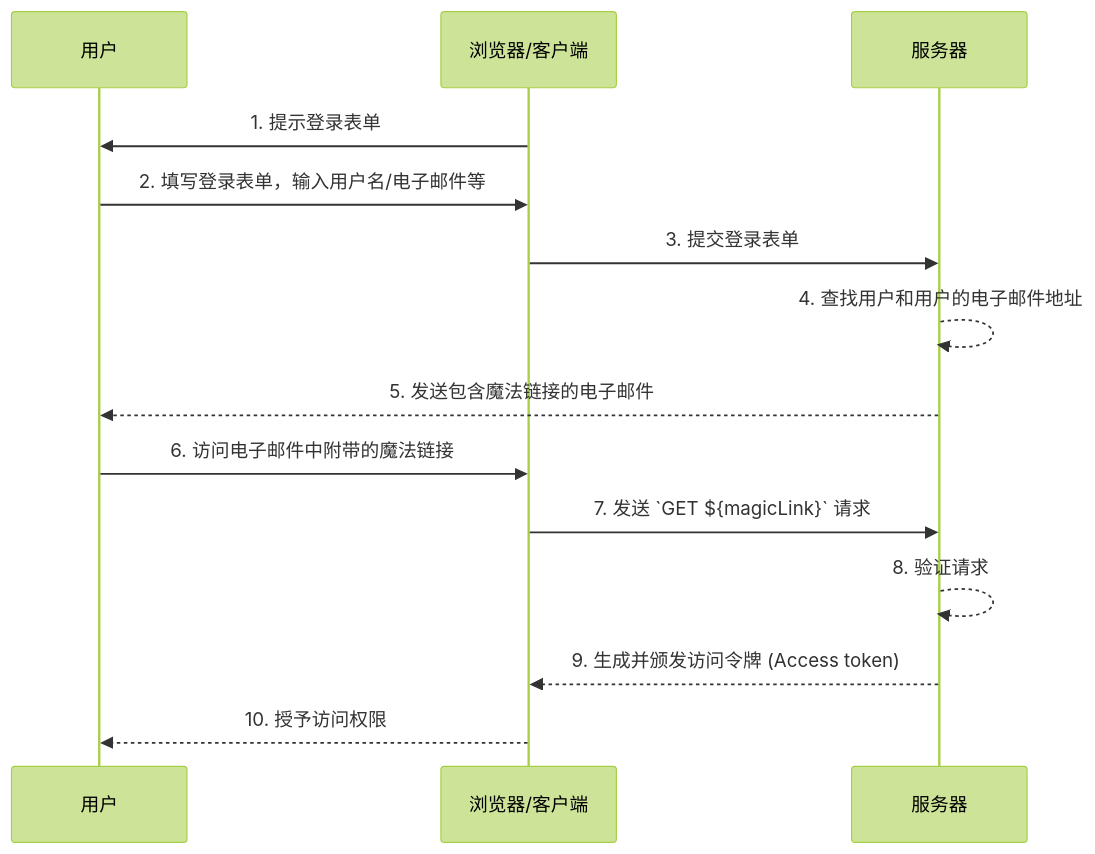
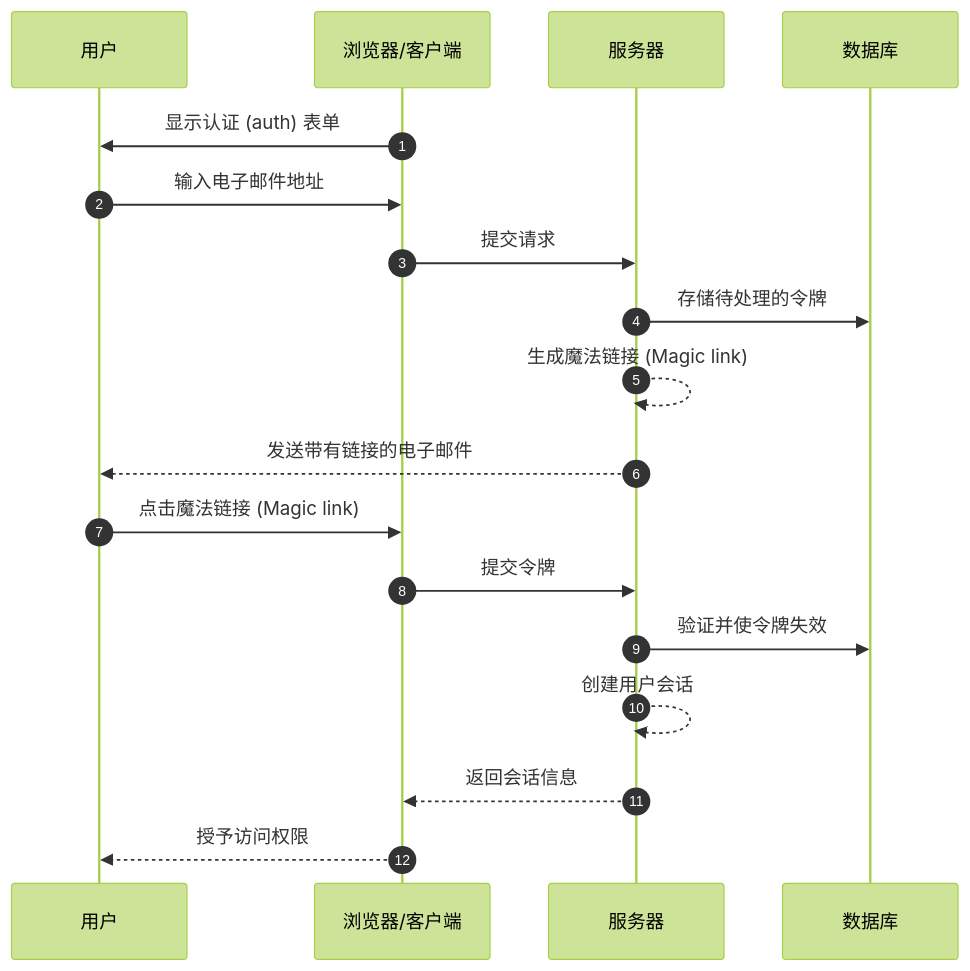
Before and after one commit to logto-io/auth-wiki: the first of 2 diagrams in src/content/terms/zh/magic-link.mdx, drawn with Mermaid (forest theme). The commit also changed other lines of this file and 95 other files, not shown here.

````diff
--- a/src/content/terms/zh/magic-link.mdx
+++ b/src/content/terms/zh/magic-link.mdx
@@ -31,16 +17,20 @@
 ```mermaid
 sequenceDiagram
+    autonumber
     participant U as 用户
     participant B as 浏览器/客户端
     participant S as 服务器
-    B->>U: 1. 提示登录表单
-    U->>B: 2. 填写登录表单，输入用户名/电子邮件等
-    B->>S: 3. 提交登录表单
-    S-->>S: 4. 查找用户和用户的电子邮件地址
-    S-->>U: 5. 发送包含魔法链接的电子邮件
-    U->>B: 6. 访问电子邮件中附带的魔法链接
-    B->>S: 7. 发送 `GET ${magicLink}` 请求
-    S-->>S: 8. 验证请求
-    S-->>B: 9. 生成并颁发访问令牌 (Access token)
-    B-->>U: 10. 授予访问权限
+    participant D as 数据库
+    B->>U: 显示认证 (auth) 表单
+    U->>B: 输入电子邮件地址
+    B->>S: 提交请求
+    S->>D: 存储待处理的令牌
+    S-->>S: 生成魔法链接 (Magic link)
+    S-->>U: 发送带有链接的电子邮件
+    U->>B: 点击魔法链接 (Magic link)
+    B->>S: 提交令牌
+    S->>D: 验证并使令牌失效
+    S-->>S: 创建用户会话
+    S-->>B: 返回会话信息
+    B-->>U: 授予访问权限
 ```
````
